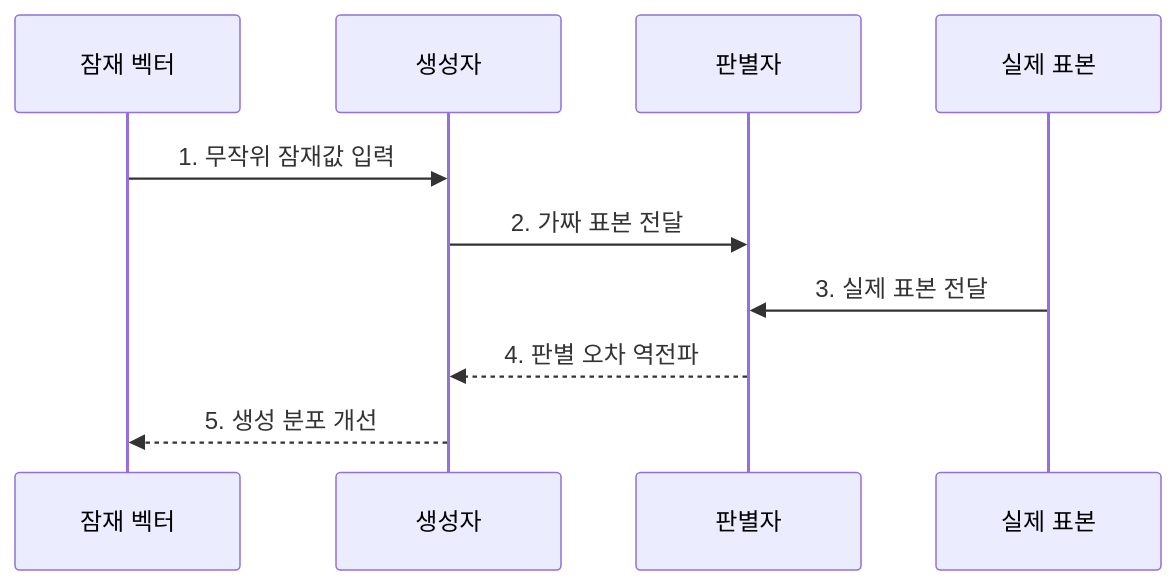
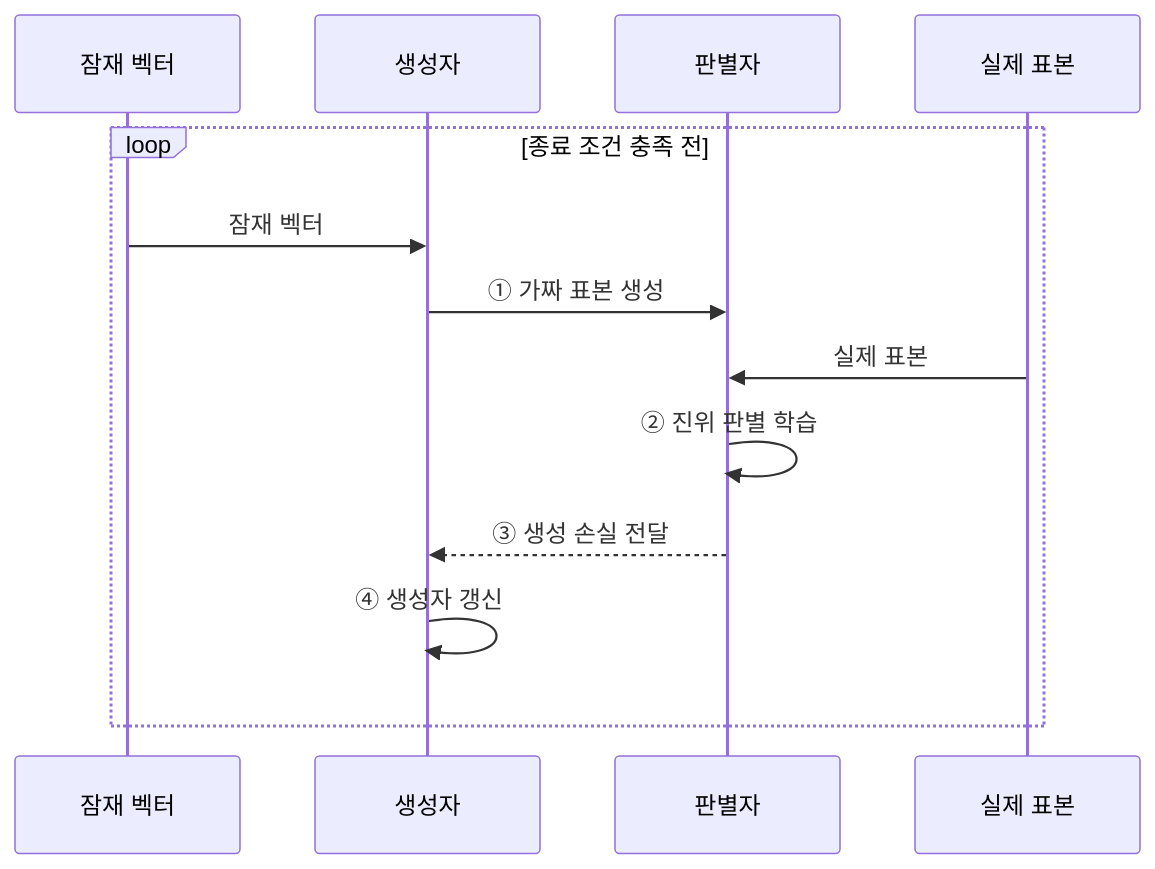
One commit to agnusdei1207/knowledge-base changed the third of 3 diagrams in src/content/docs/notes/01-basic-theory/046_gan.md. Above: the diagram before and after it, drawn with Mermaid. The commit also changed other lines of this file and 22 other files, not shown here.

````diff
--- a/src/content/docs/notes/01-basic-theory/046_gan.md
+++ b/src/content/docs/notes/01-basic-theory/046_gan.md
@@ -77,12 +97,15 @@
 ```mermaid
 sequenceDiagram
     participant Z as 잠재 벡터
     participant G as 생성자
     participant D as 판별자
     participant X as 실제 표본
-    Z->>G: 1. 무작위 잠재값 입력
-    G->>D: 2. 가짜 표본 전달
-    X->>D: 3. 실제 표본 전달
-    D-->>G: 4. 판별 오차 역전파
-    G-->>Z: 5. 생성 분포 개선
+    loop 종료 조건 충족 전
+        Z->>G: 잠재 벡터
+        G->>D: ① 가짜 표본 생성
+        X->>D: 실제 표본
+        D->>D: ② 진위 판별 학습
+        D-->>G: ③ 생성 손실 전달
+        G->>G: ④ 생성자 갱신
+    end
 ```
````
